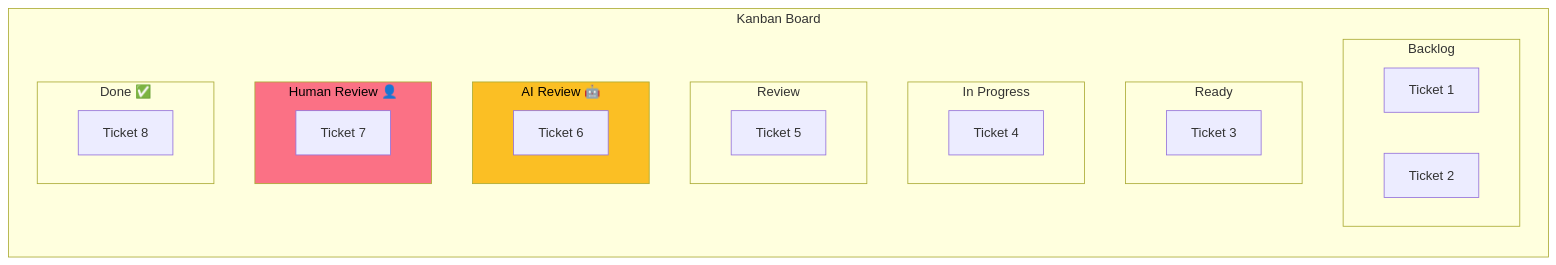
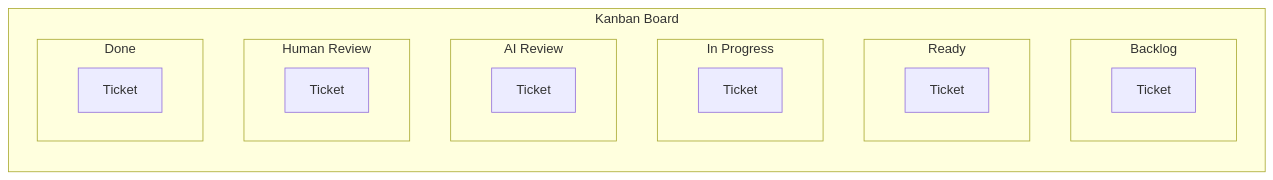
One commit to salmanrrana/brain-dump changed the fourth of 8 diagrams in docs/flows/kanban-workflow.md. Above: the diagram before and after it, drawn with Mermaid. The commit also changed other lines of this file and 27 other files, not shown here.

````diff
--- a/docs/flows/kanban-workflow.md
+++ b/docs/flows/kanban-workflow.md
@@ -208,30 +202,23 @@
 ```mermaid
 flowchart LR
     subgraph Board["Kanban Board"]
         subgraph Col1["Backlog"]
-            T1["Ticket 1"]
-            T2["Ticket 2"]
+            T1["Ticket"]
         end
         subgraph Col2["Ready"]
-            T3["Ticket 3"]
+            T2["Ticket"]
         end
         subgraph Col3["In Progress"]
-            T4["Ticket 4"]
+            T3["Ticket"]
         end
-        subgraph Col4["Review"]
-            T5["Ticket 5"]
+        subgraph Col4["AI Review"]
+            T4["Ticket"]
         end
-        subgraph Col5["AI Review 🤖"]
-            T6["Ticket 6"]
+        subgraph Col5["Human Review"]
+            T5["Ticket"]
         end
-        subgraph Col6["Human Review 👤"]
-            T7["Ticket 7"]
-        end
-        subgraph Col7["Done ✅"]
-            T8["Ticket 8"]
+        subgraph Col6["Done"]
+            T6["Ticket"]
         end
     end
-
-    style Col5 fill:#fbbf24,color:#000
-    style Col6 fill:#fb7185,color:#000
 ```
````
